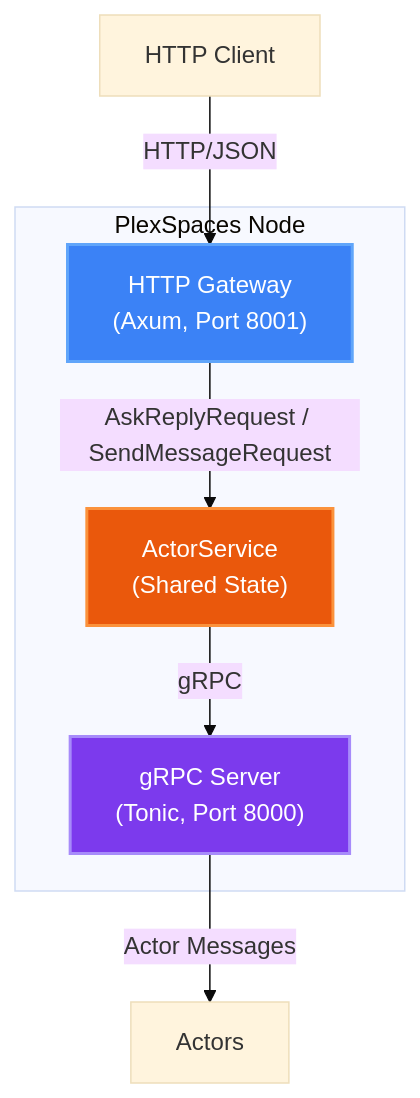
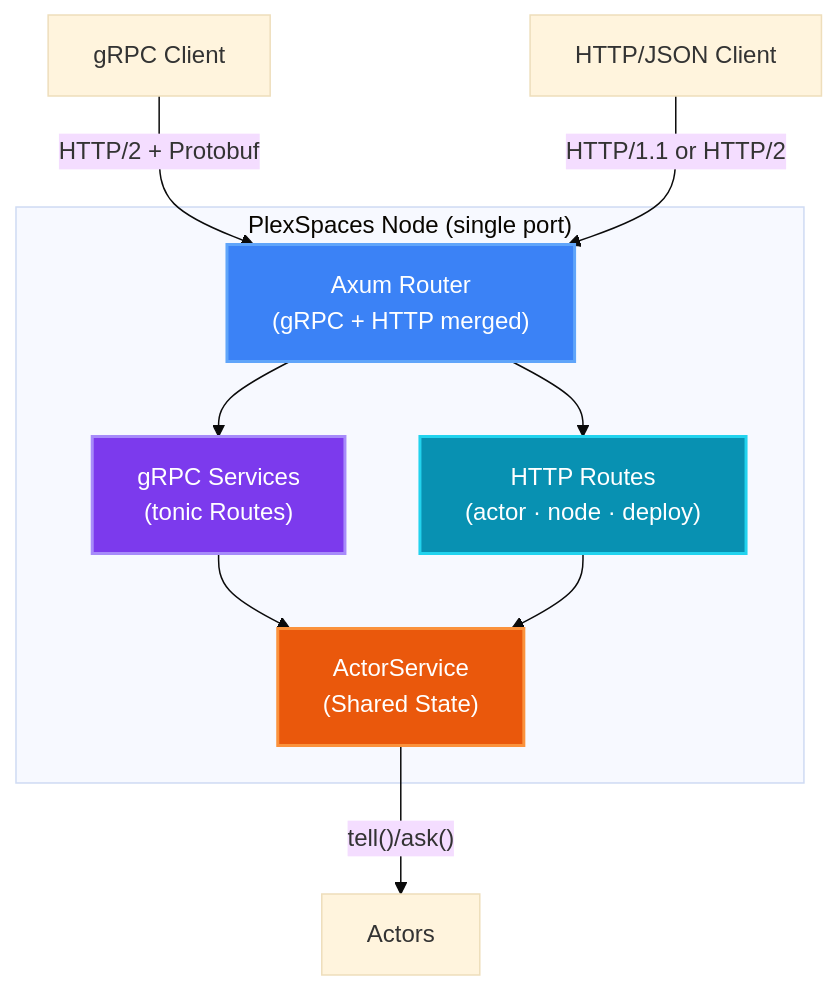
One commit to bhatti/PlexSpaces changed diagram 13 of 16 in docs/architecture.md. Above: the diagram before and after it, drawn with Mermaid (base theme). The commit also changed other lines of this file and 349 other files, not shown here.

Commit message:
unified grpc and http ports

````diff
--- a/docs/architecture.md
+++ b/docs/architecture.md
@@ -1034,17 +1034,22 @@
 ```mermaid
 graph TB
-    subgraph Node["PlexSpaces Node"]
-        HTTP["HTTP Gateway<br/>(Axum, Port 8001)"]
-        GRPC["gRPC Server<br/>(Tonic, Port 8000)"]
+    subgraph Node["PlexSpaces Node (single port)"]
+        Router["Axum Router<br/>(gRPC + HTTP merged)"]
+        GRPC["gRPC Services<br/>(tonic Routes)"]
+        HTTP["HTTP Routes<br/>(actor · node · deploy)"]
         Service["ActorService<br/>(Shared State)"]
     end
-    
-    Client["HTTP Client"] -->|"HTTP/JSON"| HTTP
-    HTTP -->|"AskReplyRequest / SendMessageRequest"| Service
-    Service -->|"gRPC"| GRPC
-    GRPC -->|"Actor Messages"| Actors["Actors"]
-    
-    style HTTP fill:#3b82f6,stroke:#60a5fa,stroke-width:2px,color:#fff
+
+    GRPCClient["gRPC Client"] -->|"HTTP/2 + Protobuf"| Router
+    HTTPClient["HTTP/JSON Client"] -->|"HTTP/1.1 or HTTP/2"| Router
+    Router --> GRPC
+    Router --> HTTP
+    GRPC --> Service
+    HTTP --> Service
+    Service -->|"tell()/ask()"| Actors["Actors"]
+
+    style Router fill:#3b82f6,stroke:#60a5fa,stroke-width:2px,color:#fff
     style GRPC fill:#7c3aed,stroke:#a78bfa,stroke-width:2px,color:#fff
+    style HTTP fill:#0891b2,stroke:#22d3ee,stroke-width:2px,color:#fff
     style Service fill:#ea580c,stroke:#fb923c,stroke-width:2px,color:#fff
 ```
````
